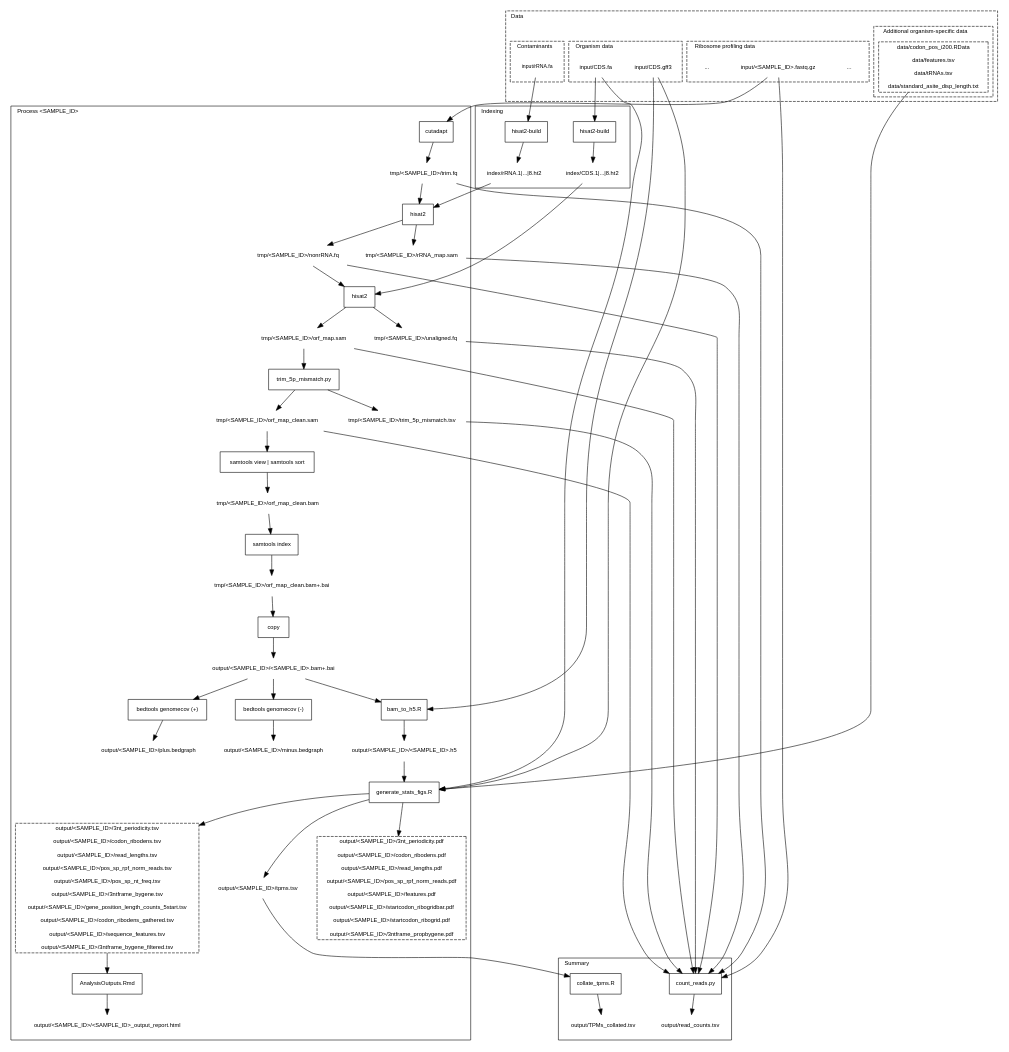
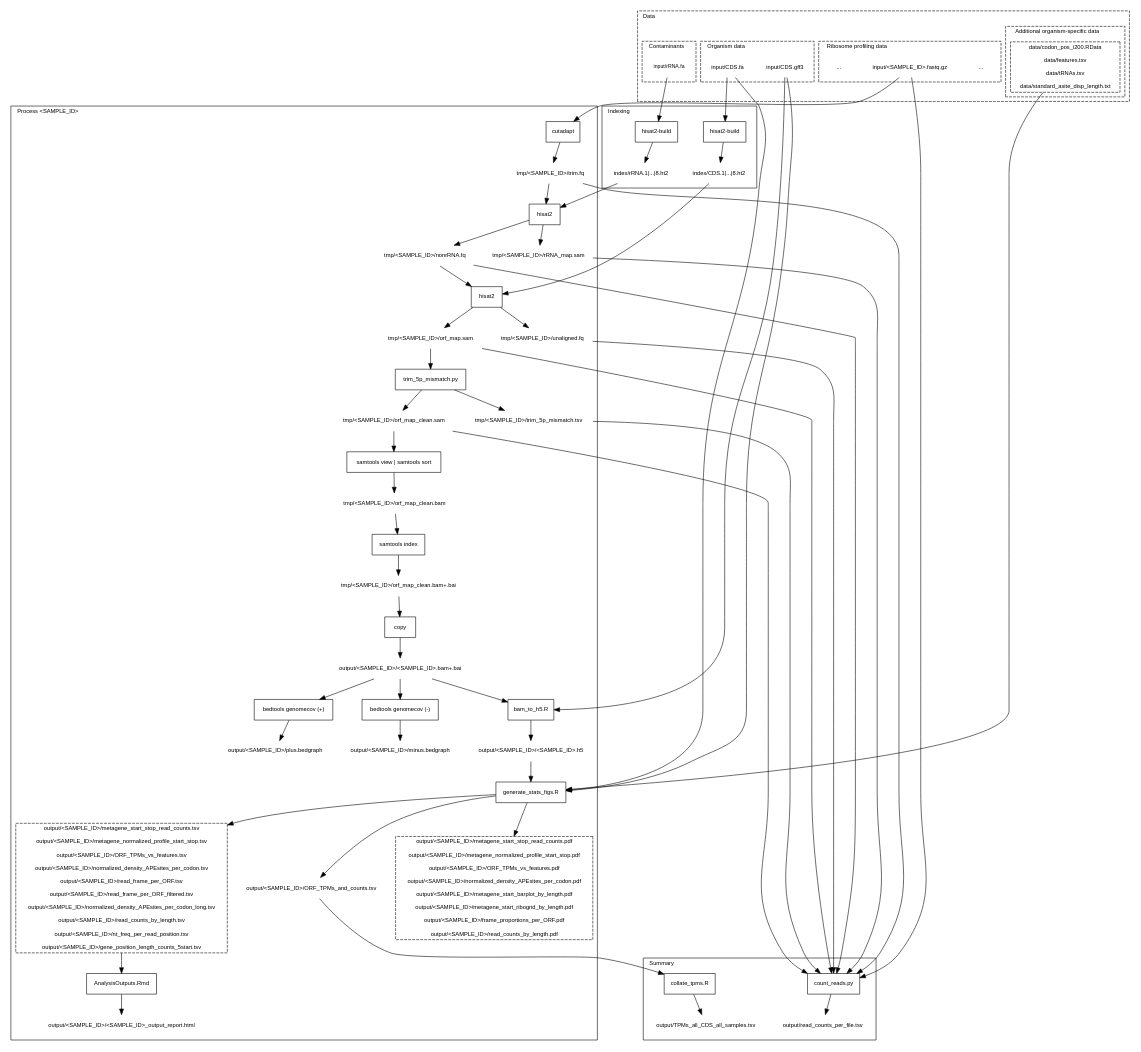
The diagram in docs/images/workflow.dot (riboviz/riboviz), drawn with Graphviz before and after one commit. The commit also changed 5 other files, not shown here.

```diff
--- a/docs/images/workflow.dot
+++ b/docs/images/workflow.dot
@@ -1,185 +1,183 @@
 digraph G {
   graph [ fontname=Helvetica, fontsize=10, compound=true ]
   node [ fontname=Helvetica, fontsize=10 ]
   edge [ fontname=Helvetica, fontsize=10 ]
 
   subgraph cluster_data {
     label = "Data"
     labeljust = "l"
     style = dashed
 
     subgraph cluster_organism {
       label = "Organism data"
       labeljust = "l"
       style = dashed
 
       "input/CDS.fa"  [shape=plaintext]
       "input/CDS.gff3" [shape=plaintext]
     }
 
     subgraph cluster_contaminants {
       label = "Contaminants"
       labeljust = "l"
       style = dashed
 
       "input/rRNA.fa"  [shape=plaintext, fontsize=9]
     }
 
     subgraph cluster_additional_organism {
       label = "Additional organism-specific data"
       labeljust = "l"
       style = dashed
 
       data [label="data/codon_pos_i200.RData\n
 data/features.tsv\n
 data/tRNAs.tsv\n
 data/standard_asite_disp_length.txt"] [shape=box, style=dashed]
     }
 
     subgraph cluster_ribosome {
       label = "Ribosome profiling data"
       labeljust = "l"
       style = dashed
 
       ribosome_data0toI [label="..."] [shape=plaintext]
       "input/<SAMPLE_ID>.fastq.gz" [shape=plaintext]
       ribosome_dataItoN [label="..."] [shape=plaintext]
     }
   }
   
   subgraph cluster_indexing {
     label = "Indexing"
     labeljust = "l"
 
     h2build1 [label="hisat2-build"] [shape=box]
     h2build2 [label="hisat2-build"] [shape=box]
 
     "index/rRNA.1|...|8.ht2" [shape=plaintext]
     "index/CDS.1|...|8.ht2" [shape=plaintext]
 
     "input/rRNA.fa" -> h2build1 -> "index/rRNA.1|...|8.ht2"
     "input/CDS.fa" -> h2build2 -> "index/CDS.1|...|8.ht2"
   }
 
   subgraph cluster_per_sample_processing {
     label = "Process <SAMPLE_ID>"
     labeljust = "l"
 
     cut [label="cutadapt"] [shape=box]
     h21 [label="hisat2"] [shape=box]
     h22 [label="hisat2"] [shape=box]
     samindex [label="samtools index"] [shape=box]
     samview [label="samtools view | samtools sort"] [shape=box]
     trim [label="trim_5p_mismatch.py"] [shape=box]
     bedplus [label="bedtools genomecov (+)"] [shape=box]
     bedminus [label="bedtools genomecov (-)"] [shape=box]
     bam2h5 [label="bam_to_h5.R"] [shape=box]
     copy [label="copy"] [shape=box]
     statsfigs [label="generate_stats_figs.R"] [shape=box]
     staticHTML [label="AnalysisOutputs.Rmd"] [shape=box]
 
     "tmp/<SAMPLE_ID>/trim.fq" [shape=plaintext]
     "tmp/<SAMPLE_ID>/rRNA_map.sam" [shape=plaintext]
     "tmp/<SAMPLE_ID>/nonrRNA.fq" [shape=plaintext]
     "tmp/<SAMPLE_ID>/unaligned.fq" [shape=plaintext]
     "tmp/<SAMPLE_ID>/orf_map.sam" [shape=plaintext]
     "tmp/<SAMPLE_ID>/trim_5p_mismatch.tsv" [shape=plaintext]
     "tmp/<SAMPLE_ID>/orf_map_clean.sam" [shape=plaintext]
     "tmp/<SAMPLE_ID>/orf_map_clean.bam" [shape=plaintext]
     "tmp/<SAMPLE_ID>/orf_map_clean.bam+.bai" [shape=plaintext]
     "output/<SAMPLE_ID>/<SAMPLE_ID>.bam+.bai" [shape=plaintext]
     "output/<SAMPLE_ID>/plus.bedgraph" [shape=plaintext]
     "output/<SAMPLE_ID>/minus.bedgraph" [shape=plaintext]
     "output/<SAMPLE_ID>/<SAMPLE_ID>.h5" [shape=plaintext]
 
-    pdfs [label="output/<SAMPLE_ID>/3nt_periodicity.pdf\n
-output/<SAMPLE_ID>/codon_ribodens.pdf\n
-output/<SAMPLE_ID>/read_lengths.pdf\n
-output/<SAMPLE_ID>/pos_sp_rpf_norm_reads.pdf\n
-output/<SAMPLE_ID>/features.pdf\n
-output/<SAMPLE_ID>/startcodon_ribogridbar.pdf\n
-output/<SAMPLE_ID>/startcodon_ribogrid.pdf\n
-output/<SAMPLE_ID>/3ntframe_propbygene.pdf
-"] [shape=box, style=dashed]
+    pdfs [label="output/<SAMPLE_ID>/metagene_start_stop_read_counts.pdf\n
+output/<SAMPLE_ID>/metagene_normalized_profile_start_stop.pdf\n
+output/<SAMPLE_ID>/ORF_TPMs_vs_features.pdf\n
+output/<SAMPLE_ID>/normalized_density_APEsites_per_codon.pdf\n
+output/<SAMPLE_ID>/metagene_start_barplot_by_length.pdf\n
+output/<SAMPLE_ID>/metagene_start_ribogrid_by_length.pdf\n
+output/<SAMPLE_ID>/frame_proportions_per_ORF.pdf\n
+output/<SAMPLE_ID>/read_counts_by_length.pdf"] [shape=box, style=dashed]
 
-    tsvs [label="output/<SAMPLE_ID>/3nt_periodicity.tsv\n
-output/<SAMPLE_ID>/codon_ribodens.tsv\n
-output/<SAMPLE_ID>/read_lengths.tsv\n
-output/<SAMPLE_ID>/pos_sp_rpf_norm_reads.tsv\n
-output/<SAMPLE_ID>/pos_sp_nt_freq.tsv\n
-output/<SAMPLE_ID>/3ntframe_bygene.tsv\n
-output/<SAMPLE_ID>/gene_position_length_counts_5start.tsv\n
-output/<SAMPLE_ID>/codon_ribodens_gathered.tsv\n
-output/<SAMPLE_ID>/sequence_features.tsv\n
-output/<SAMPLE_ID>/3ntframe_bygene_filtered.tsv
-"] [shape=box, style=dashed]
+    tsvs [label="output/<SAMPLE_ID>/metagene_start_stop_read_counts.tsv\n
+output/<SAMPLE_ID>/metagene_normalized_profile_start_stop.tsv\n
+output/<SAMPLE_ID>/ORF_TPMs_vs_features.tsv\n
+output/<SAMPLE_ID>/normalized_density_APEsites_per_codon.tsv\n
+output/<SAMPLE_ID>/read_frame_per_ORF.tsv\n
+output/<SAMPLE_ID>/read_frame_per_ORF_filtered.tsv\n
+output/<SAMPLE_ID>/normalized_density_APEsites_per_codon_long.tsv\n
+output/<SAMPLE_ID>/read_counts_by_length.tsv\n
+output/<SAMPLE_ID>/nt_freq_per_read_position.tsv\n
+output/<SAMPLE_ID>/gene_position_length_counts_5start.tsv"] [shape=box, style=dashed]
 
     "output/<SAMPLE_ID>/<SAMPLE_ID>_output_report.html" [shape=plaintext]
-    "output/<SAMPLE_ID>/tpms.tsv" [shape=plaintext]
+    "output/<SAMPLE_ID>/ORF_TPMs_and_counts.tsv" [shape=plaintext]
 
     "input/<SAMPLE_ID>.fastq.gz" -> cut -> "tmp/<SAMPLE_ID>/trim.fq"
 
     "tmp/<SAMPLE_ID>/trim.fq" -> h21
     "index/rRNA.1|...|8.ht2" -> h21
     h21 -> "tmp/<SAMPLE_ID>/rRNA_map.sam"
     h21 -> "tmp/<SAMPLE_ID>/nonrRNA.fq"
 
     "index/CDS.1|...|8.ht2" -> h22
     "tmp/<SAMPLE_ID>/nonrRNA.fq" -> h22
     h22 -> "tmp/<SAMPLE_ID>/unaligned.fq"
     h22 -> "tmp/<SAMPLE_ID>/orf_map.sam"
 
     "tmp/<SAMPLE_ID>/orf_map.sam" -> trim 
     trim -> "tmp/<SAMPLE_ID>/orf_map_clean.sam"
     trim -> "tmp/<SAMPLE_ID>/trim_5p_mismatch.tsv"
 
     "tmp/<SAMPLE_ID>/orf_map_clean.sam" -> samview -> "tmp/<SAMPLE_ID>/orf_map_clean.bam"
     "tmp/<SAMPLE_ID>/orf_map_clean.bam" -> samindex
     samindex -> "tmp/<SAMPLE_ID>/orf_map_clean.bam+.bai"
 
     "tmp/<SAMPLE_ID>/orf_map_clean.bam+.bai" -> copy -> "output/<SAMPLE_ID>/<SAMPLE_ID>.bam+.bai"
 
     "output/<SAMPLE_ID>/<SAMPLE_ID>.bam+.bai" -> bedplus -> "output/<SAMPLE_ID>/plus.bedgraph"
     "output/<SAMPLE_ID>/<SAMPLE_ID>.bam+.bai" -> bedminus -> "output/<SAMPLE_ID>/minus.bedgraph"
 
     "output/<SAMPLE_ID>/<SAMPLE_ID>.bam+.bai" -> bam2h5
     "input/CDS.gff3" -> bam2h5
     bam2h5 -> "output/<SAMPLE_ID>/<SAMPLE_ID>.h5"
 
     "output/<SAMPLE_ID>/<SAMPLE_ID>.h5" -> statsfigs
     "input/CDS.fa" -> statsfigs
     "input/CDS.gff3" -> statsfigs
     data -> statsfigs
 
     statsfigs -> pdfs
     statsfigs -> tsvs
-    statsfigs -> "output/<SAMPLE_ID>/tpms.tsv"
+    statsfigs -> "output/<SAMPLE_ID>/ORF_TPMs_and_counts.tsv"
 
     tsvs -> staticHTML
     staticHTML -> "output/<SAMPLE_ID>/<SAMPLE_ID>_output_report.html"
   }
 
   subgraph cluster_summary {
     label = "Summary"
     labeljust = "l"
 
     collate [label="collate_tpms.R"] [shape=box]
     count_reads [label="count_reads.py"] [shape=box]
 
-    "output/TPMs_collated.tsv" [shape=plaintext]
-    "output/read_counts.tsv" [shape=plaintext]
+    "output/TPMs_all_CDS_all_samples.tsv" [shape=plaintext]
+    "output/read_counts_per_file.tsv" [shape=plaintext]
 
-    "output/<SAMPLE_ID>/tpms.tsv" -> collate
-    collate -> "output/TPMs_collated.tsv"
+    "output/<SAMPLE_ID>/ORF_TPMs_and_counts.tsv" -> collate
+    collate -> "output/TPMs_all_CDS_all_samples.tsv"
 
     "input/<SAMPLE_ID>.fastq.gz" -> count_reads
     "tmp/<SAMPLE_ID>/trim.fq" -> count_reads
     "tmp/<SAMPLE_ID>/rRNA_map.sam" -> count_reads
     "tmp/<SAMPLE_ID>/nonrRNA.fq" -> count_reads
     "tmp/<SAMPLE_ID>/unaligned.fq" -> count_reads
     "tmp/<SAMPLE_ID>/orf_map.sam" -> count_reads
     "tmp/<SAMPLE_ID>/trim_5p_mismatch.tsv" -> count_reads
     "tmp/<SAMPLE_ID>/orf_map_clean.sam" -> count_reads
-    count_reads -> "output/read_counts.tsv"
+    count_reads -> "output/read_counts_per_file.tsv"
   }
 }
```
